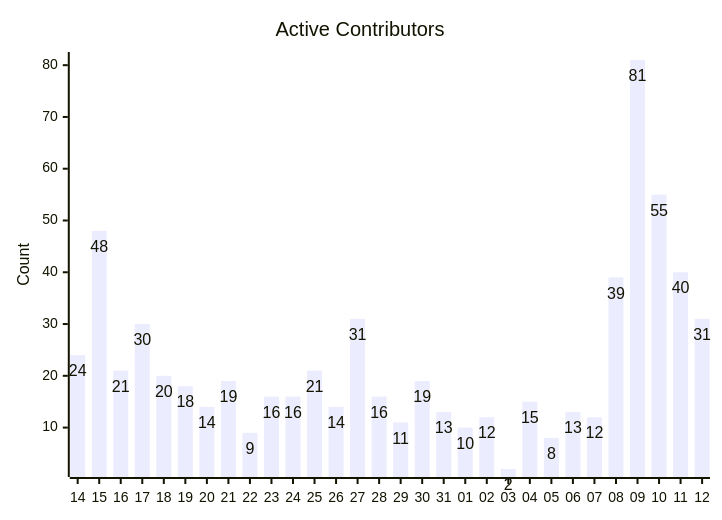
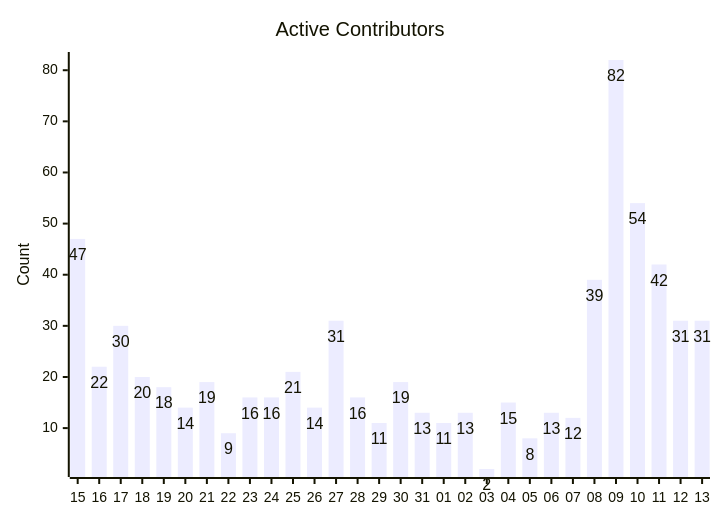
One commit to cocosheng-g/gemini-cli changed the fifth of 7 diagrams in triage/CONTRIBUTION_METRICS.md. Above: the diagram before and after it, drawn with Mermaid. The commit also changed other lines of this file, not shown here.

````diff
--- a/triage/CONTRIBUTION_METRICS.md
+++ b/triage/CONTRIBUTION_METRICS.md
@@ -92,12 +92,12 @@
 ```mermaid
 ---
 config:
   xyChart:
     showDataLabel: true
 ---
 xychart-beta
     title "Active Contributors"
-    x-axis ["14", "15​", "16​​", "17​​​", "18​​​​", "19​​​​​", "20​​​​​​", "21​​​​​​​", "22​​​​​​​​", "23​​​​​​​​​", "24​​​​​​​​​​", "25​​​​​​​​​​​", "26​​​​​​​​​​​​", "27​​​​​​​​​​​​​", "28​​​​​​​​​​​​​​", "29​​​​​​​​​​​​​​​", "30​​​​​​​​​​​​​​​​", "31​​​​​​​​​​​​​​​​​", "01​​​​​​​​​​​​​​​​​​", "02​​​​​​​​​​​​​​​​​​​", "03​​​​​​​​​​​​​​​​​​​​", "04​​​​​​​​​​​​​​​​​​​​​", "05​​​​​​​​​​​​​​​​​​​​​​", "06​​​​​​​​​​​​​​​​​​​​​​​", "07​​​​​​​​​​​​​​​​​​​​​​​​", "08​​​​​​​​​​​​​​​​​​​​​​​​​", "09​​​​​​​​​​​​​​​​​​​​​​​​​​", "10​​​​​​​​​​​​​​​​​​​​​​​​​​​", "11​​​​​​​​​​​​​​​​​​​​​​​​​​​​", "12​​​​​​​​​​​​​​​​​​​​​​​​​​​​​"]
+    x-axis ["15", "16​", "17​​", "18​​​", "19​​​​", "20​​​​​", "21​​​​​​", "22​​​​​​​", "23​​​​​​​​", "24​​​​​​​​​", "25​​​​​​​​​​", "26​​​​​​​​​​​", "27​​​​​​​​​​​​", "28​​​​​​​​​​​​​", "29​​​​​​​​​​​​​​", "30​​​​​​​​​​​​​​​", "31​​​​​​​​​​​​​​​​", "01​​​​​​​​​​​​​​​​​", "02​​​​​​​​​​​​​​​​​​", "03​​​​​​​​​​​​​​​​​​​", "04​​​​​​​​​​​​​​​​​​​​", "05​​​​​​​​​​​​​​​​​​​​​", "06​​​​​​​​​​​​​​​​​​​​​​", "07​​​​​​​​​​​​​​​​​​​​​​​", "08​​​​​​​​​​​​​​​​​​​​​​​​", "09​​​​​​​​​​​​​​​​​​​​​​​​​", "10​​​​​​​​​​​​​​​​​​​​​​​​​​", "11​​​​​​​​​​​​​​​​​​​​​​​​​​​", "12​​​​​​​​​​​​​​​​​​​​​​​​​​​​", "13​​​​​​​​​​​​​​​​​​​​​​​​​​​​​"]
     y-axis "Count"
-    bar [24, 48, 21, 30, 20, 18, 14, 19, 9, 16, 16, 21, 14, 31, 16, 11, 19, 13, 10, 12, 2, 15, 8, 13, 12, 39, 81, 55, 40, 31]
+    bar [47, 22, 30, 20, 18, 14, 19, 9, 16, 16, 21, 14, 31, 16, 11, 19, 13, 11, 13, 2, 15, 8, 13, 12, 39, 82, 54, 42, 31, 31]
 ```
````
